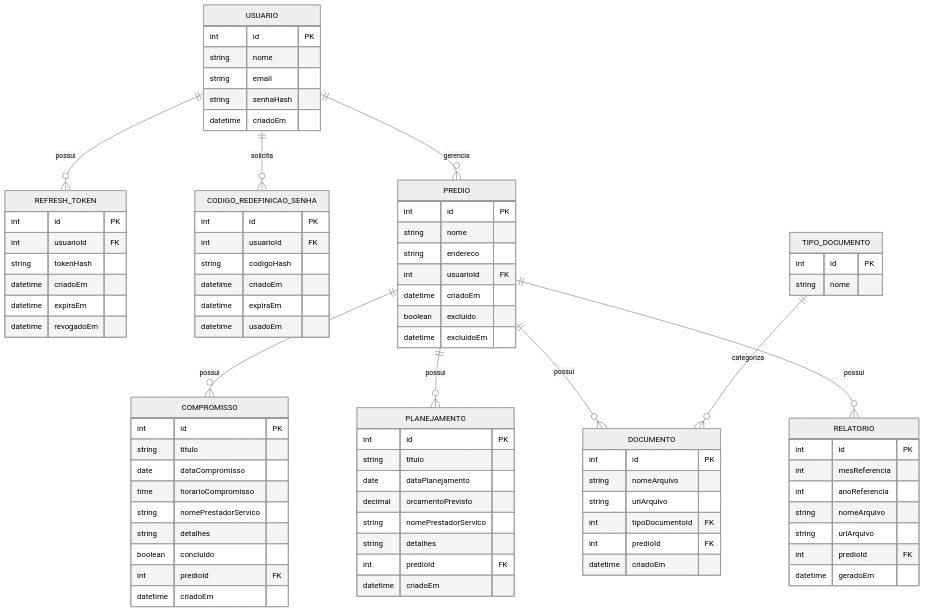
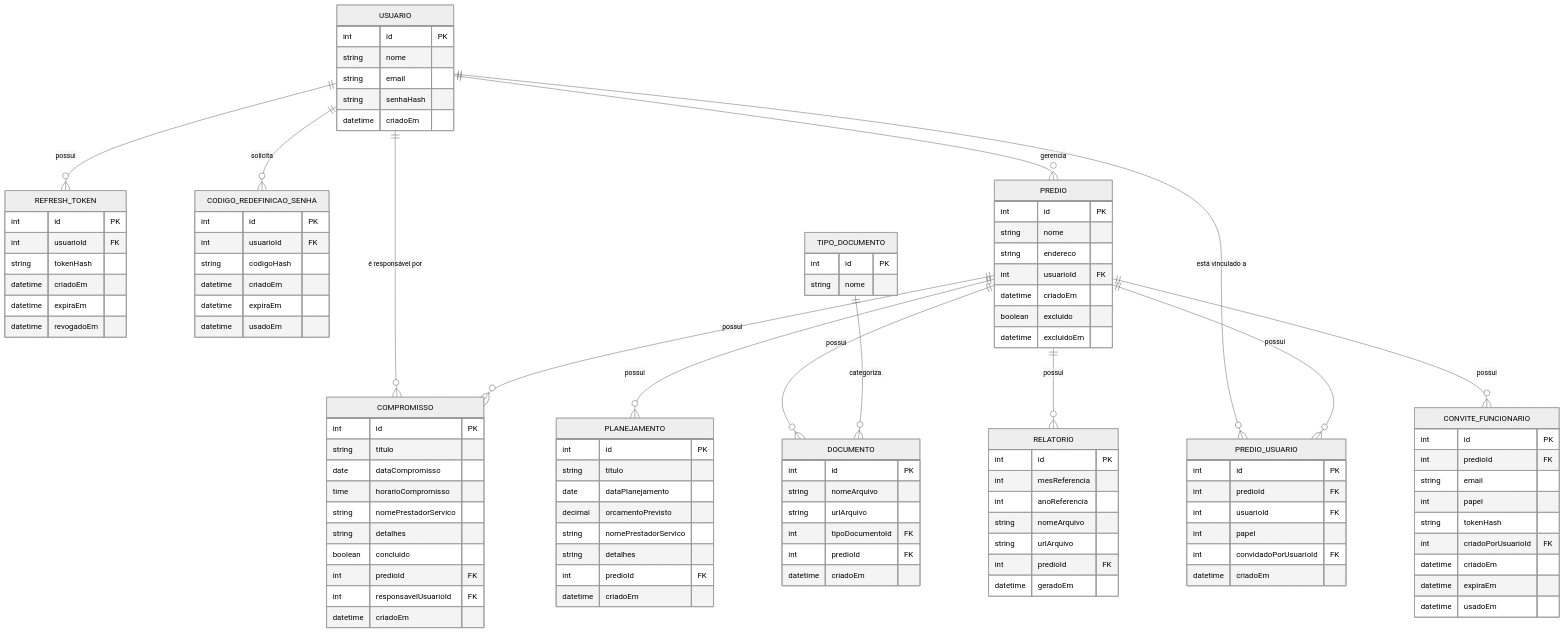
Before and after one commit to pdrollucas/euSindico: diagram 16 of 16 in documentation/RFC/RFC.md, drawn with Mermaid (neutral theme). The commit also changed other lines of this file and 60 other files, not shown here.

````diff
--- a/documentation/RFC/RFC.md
+++ b/documentation/RFC/RFC.md
@@ -874,6 +924,27 @@
         datetime excluidoEm
     }
 
+    PREDIO_USUARIO {
+        int id PK
+        int predioId FK
+        int usuarioId FK
+        int papel
+        int convidadoPorUsuarioId FK
+        datetime criadoEm
+    }
+
+    CONVITE_FUNCIONARIO {
+        int id PK
+        int predioId FK
+        string email
+        int papel
+        string tokenHash
+        int criadoPorUsuarioId FK
+        datetime criadoEm
+        datetime expiraEm
+        datetime usadoEm
+    }
+
     COMPROMISSO {
         int id PK
         string titulo
@@ -883,6 +954,7 @@
         string detalhes
         boolean concluido
         int predioId FK
+        int responsavelUsuarioId FK
         datetime criadoEm
     }
 
@@ -924,11 +996,15 @@
     USUARIO ||--o{ PREDIO : gerencia
     USUARIO ||--o{ REFRESH_TOKEN : possui
     USUARIO ||--o{ CODIGO_REDEFINICAO_SENHA : solicita
+    USUARIO ||--o{ PREDIO_USUARIO : "está vinculado a"
+    USUARIO ||--o{ COMPROMISSO : "é responsável por"
 
     PREDIO ||--o{ COMPROMISSO : possui
     PREDIO ||--o{ PLANEJAMENTO : possui
     PREDIO ||--o{ DOCUMENTO : possui
     PREDIO ||--o{ RELATORIO : possui
+    PREDIO ||--o{ PREDIO_USUARIO : possui
+    PREDIO ||--o{ CONVITE_FUNCIONARIO : possui
 
     TIPO_DOCUMENTO ||--o{ DOCUMENTO : categoriza
 ```
````
